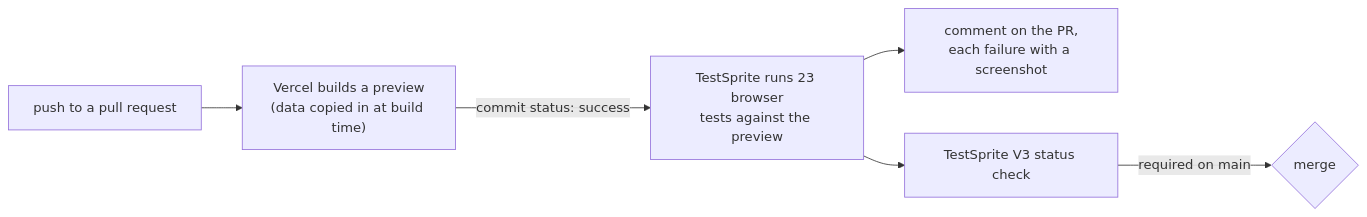
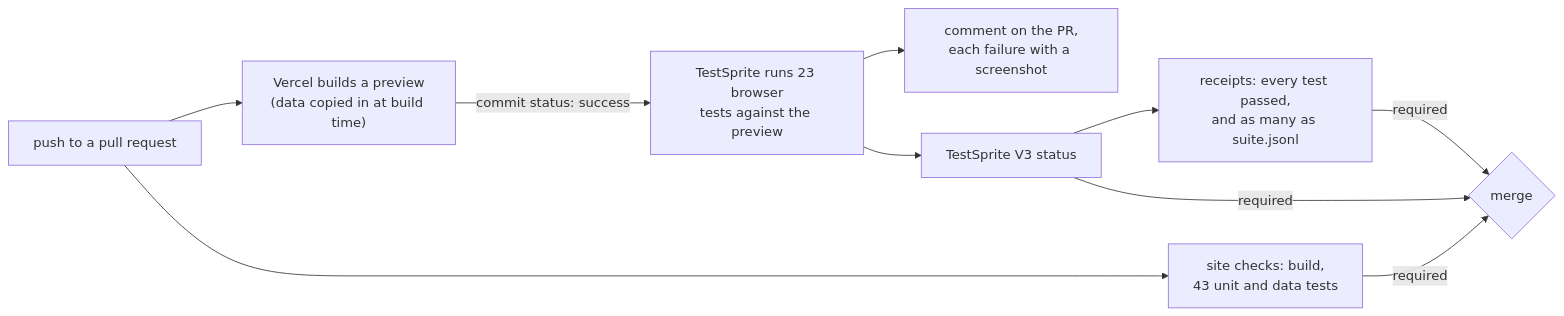
Before and after one commit to N-45div/alibi: the diagram in README.md, drawn with Mermaid. The commit also changed other lines of this file, not shown here.

Commit message:
readme: the three required checks, the data checks, and the defect log

````diff
--- a/README.md
+++ b/README.md
@@ -126,8 +135,12 @@
 ```mermaid
 flowchart LR
   push["push to a pull request"] --> build["Vercel builds a preview<br/>(data copied in at build time)"]
+  push --> site["site checks: build,<br/>43 unit and data tests"]
   build -- "commit status: success" --> run["TestSprite runs 23 browser<br/>tests against the preview"]
   run --> comment["comment on the PR,<br/>each failure with a screenshot"]
-  run --> check["TestSprite V3 status check"]
-  check -- "required on main" --> merge{"merge"}
+  run --> status["TestSprite V3 status"]
+  status --> receipts["receipts: every test passed,<br/>and as many as suite.jsonl"]
+  status -- required --> merge{"merge"}
+  site -- required --> merge
+  receipts -- required --> merge
 ```
````
